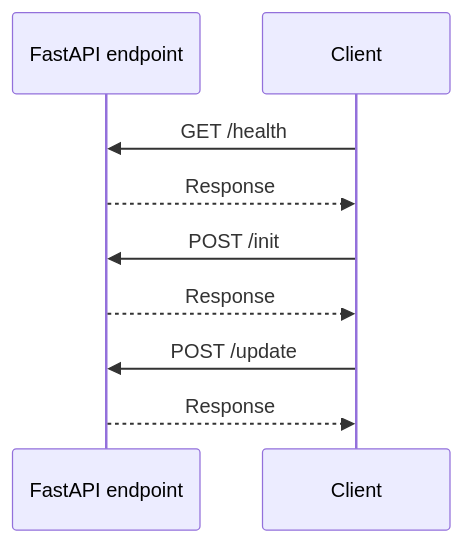
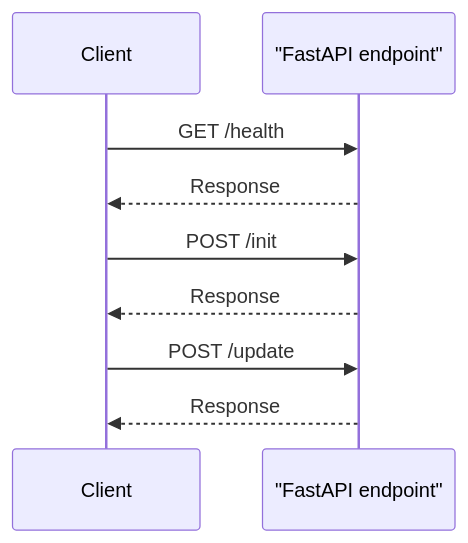
One commit to Saechaoc/docgen changed the fourth of 4 diagrams in README.md. Above: the diagram before and after it, drawn with Mermaid. The commit also changed other lines of this file and 11 other files, not shown here.

````diff
--- a/README.md
+++ b/README.md
@@ -180,11 +196,11 @@
 ```mermaid
 sequenceDiagram
-    participant FastAPI endpoint
     participant Client
-    Client ->> FastAPI endpoint: GET /health
-    FastAPI endpoint -->> Client: Response
-    Client ->> FastAPI endpoint: POST /init
-    FastAPI endpoint -->> Client: Response
-    Client ->> FastAPI endpoint: POST /update
-    FastAPI endpoint -->> Client: Response
+    participant fastapi_endpoint as "FastAPI endpoint"
+    Client ->> fastapi_endpoint: GET /health
+    fastapi_endpoint -->> Client: Response
+    Client ->> fastapi_endpoint: POST /init
+    fastapi_endpoint -->> Client: Response
+    Client ->> fastapi_endpoint: POST /update
+    fastapi_endpoint -->> Client: Response
 ```
````
